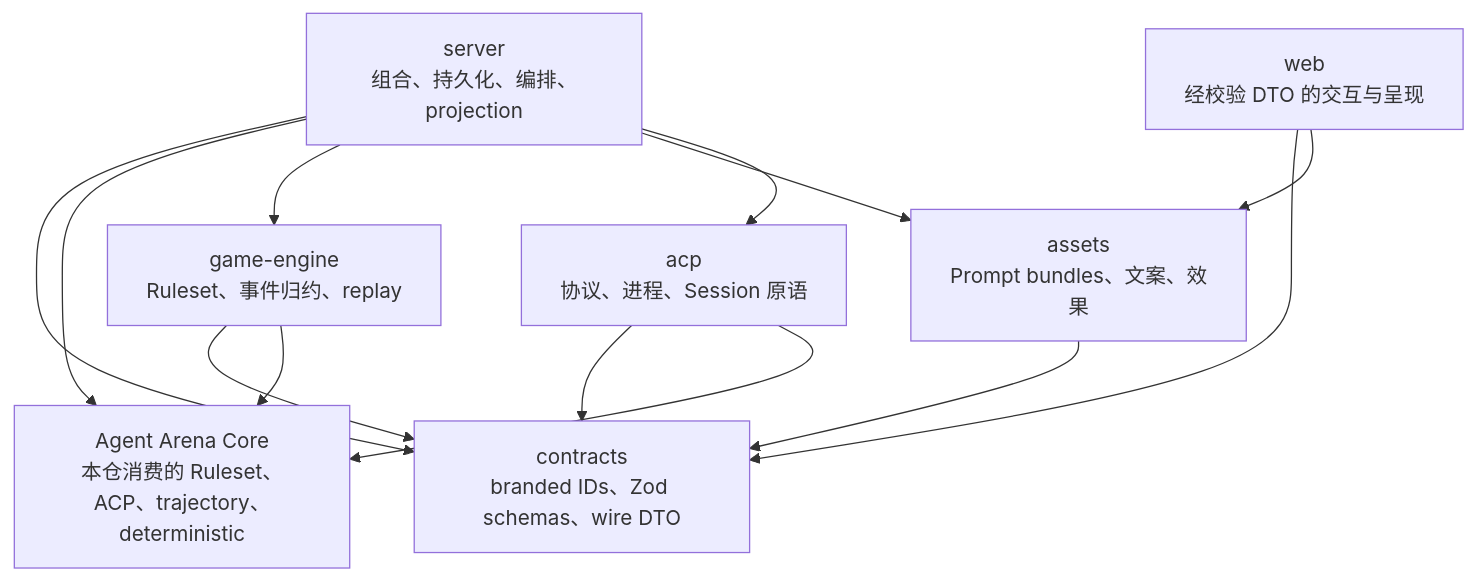
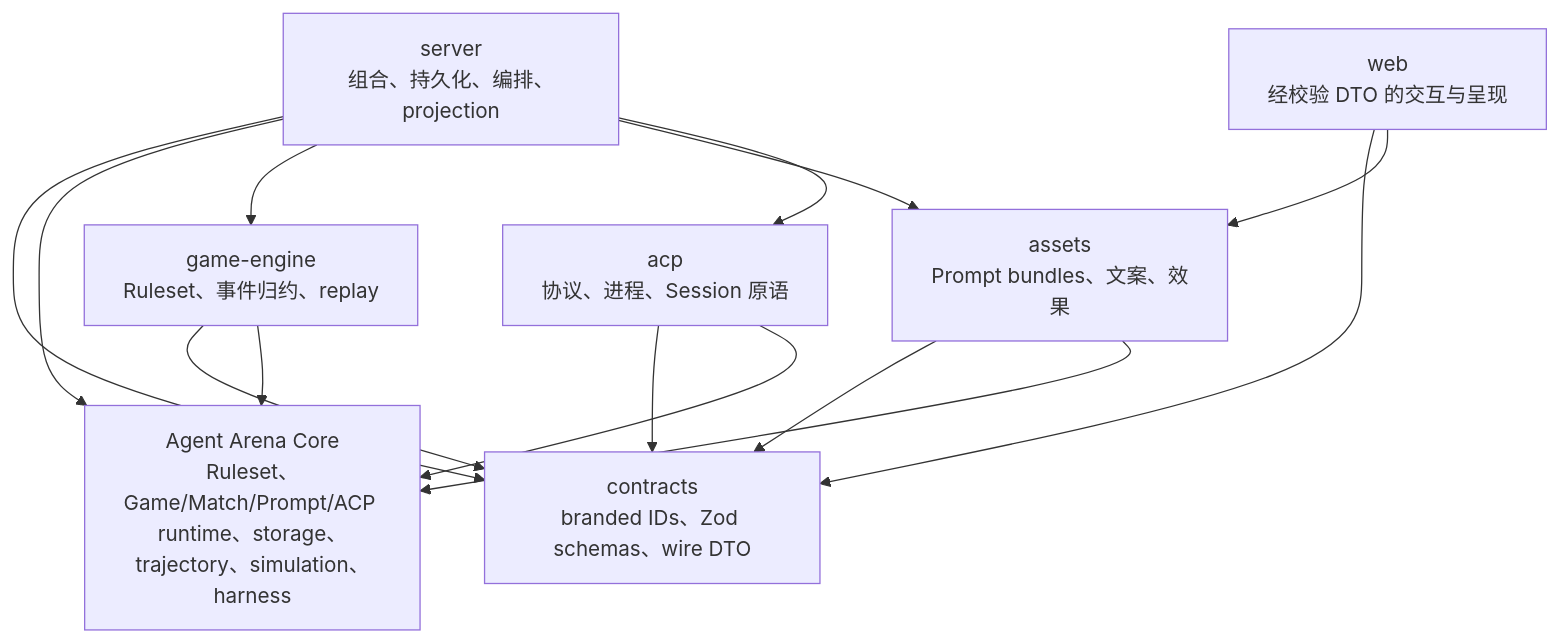
The second of 3 diagrams in docs/architecture.md (renewboy/agentwolf), drawn with Mermaid before and after one commit. The commit also changed other lines of this file and 37 other files, not shown here.

Commit message:
refactor: complete agent arena core adoption

````diff
--- a/docs/architecture.md
+++ b/docs/architecture.md
@@ -73,23 +73,24 @@
 ```mermaid
 flowchart TB
-    Core["Agent Arena Core<br/>本仓消费的 Ruleset、ACP、trajectory、deterministic"]
+    Core["Agent Arena Core<br/>Ruleset、Game/Match/Prompt/ACP runtime、storage、trajectory、simulation、harness"]
     Contracts["contracts<br/>branded IDs、Zod schemas、wire DTO"]
     Engine["game-engine<br/>Ruleset、事件归约、replay"]
     Assets["assets<br/>Prompt bundles、文案、效果"]
     ACP["acp<br/>协议、进程、Session 原语"]
     Server["server<br/>组合、持久化、编排、projection"]
     Web["web<br/>经校验 DTO 的交互与呈现"]
 
     Engine --> Contracts
     Engine --> Core
     Assets --> Contracts
+    Assets --> Core
     ACP --> Contracts
     ACP --> Core
     Server --> Contracts
     Server --> Core
     Server --> Engine
     Server --> Assets
     Server --> ACP
     Web --> Contracts
     Web --> Assets
 ```
````
